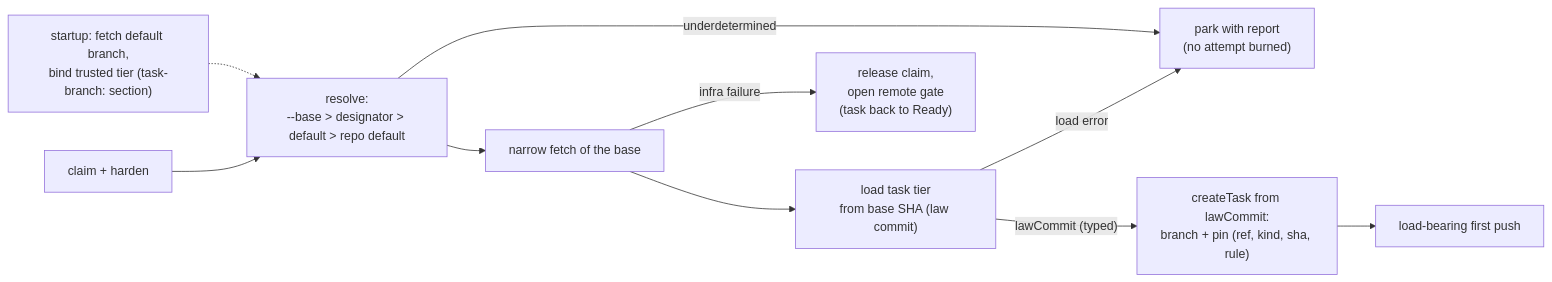
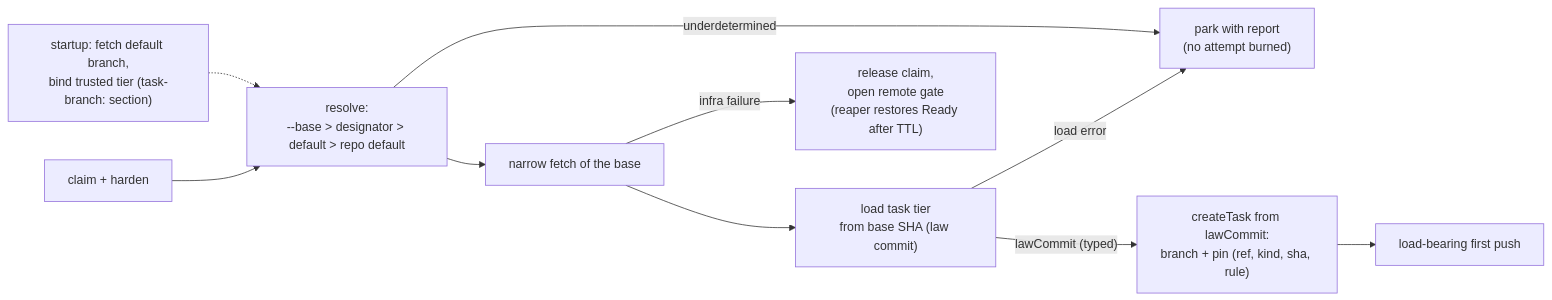
Before and after one commit to oinsio/gnomish-factory: the diagram in openspec/changes/add-base-ref-resolution/design.md, drawn with Mermaid. The commit also changed other lines of this file and 26 other files, not shown here.

````diff
--- a/openspec/changes/add-base-ref-resolution/design.md
+++ b/openspec/changes/add-base-ref-resolution/design.md
@@ -541,12 +561,12 @@
 ```mermaid
 flowchart LR
     Start["startup: fetch default branch,<br/>bind trusted tier (task-branch: section)"] -.-> Resolve
     Claim["claim + harden"] --> Resolve["resolve:<br/>--base > designator > default > repo default"]
     Resolve -->|underdetermined| Park["park with report<br/>(no attempt burned)"]
     Resolve --> Fetch["narrow fetch of the base"]
-    Fetch -->|infra failure| Release["release claim,<br/>open remote gate<br/>(task back to Ready)"]
+    Fetch -->|infra failure| Release["release claim,<br/>open remote gate<br/>(reaper restores Ready after TTL)"]
     Fetch --> Law["load task tier<br/>from base SHA (law commit)"]
     Law -->|load error| Park
     Law -->|"lawCommit (typed)"| Create["createTask from lawCommit:<br/>branch + pin (ref, kind, sha, rule)"]
     Create --> Push["load-bearing first push"]
 ```
````
